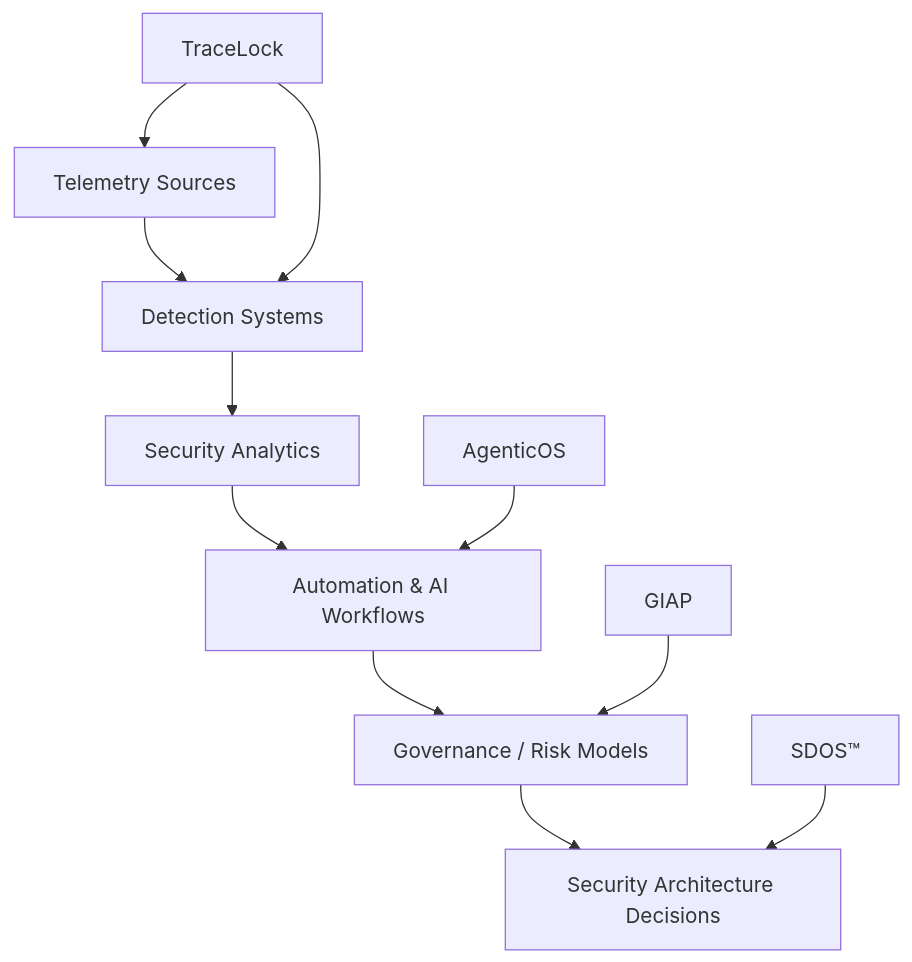
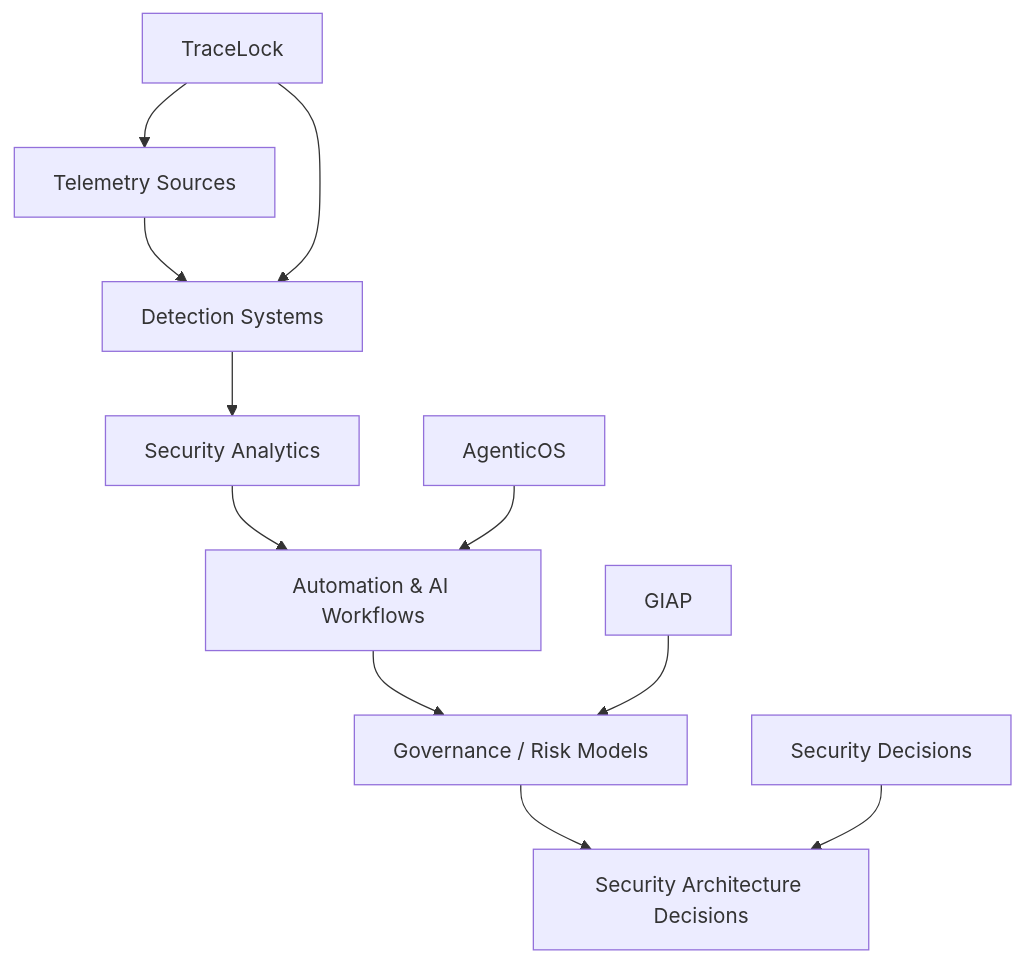
The diagram in docs/cybersecurity/security-architecture-system-map.md (Pharns/portfolio), drawn with Mermaid before and after one commit. The commit also changed other lines of this file and 8 other files, not shown here.

First line of the commit message:
fix(ip-protection): remove SDOS naming, patent references, and architecture internals across portfolio

````diff
--- a/docs/cybersecurity/security-architecture-system-map.md
+++ b/docs/cybersecurity/security-architecture-system-map.md
@@ -17,22 +17,22 @@
 ```mermaid
 flowchart TD
     T["Telemetry Sources"]
     D["Detection Systems"]
     A["Security Analytics"]
     O["Automation & AI Workflows"]
     G["Governance / Risk Models"]
     S["Security Architecture Decisions"]
 
     TL["TraceLock"]
     GIAP["GIAP"]
     AOS["AgenticOS"]
-    SDOS_D["SDOS™"]
+    SDOS_D["Security Decisions"]
 
     T --> D --> A --> O --> G --> S
 
     TL --> T
     TL --> D
     AOS --> O
     GIAP --> G
     SDOS_D --> S
 ```
````
